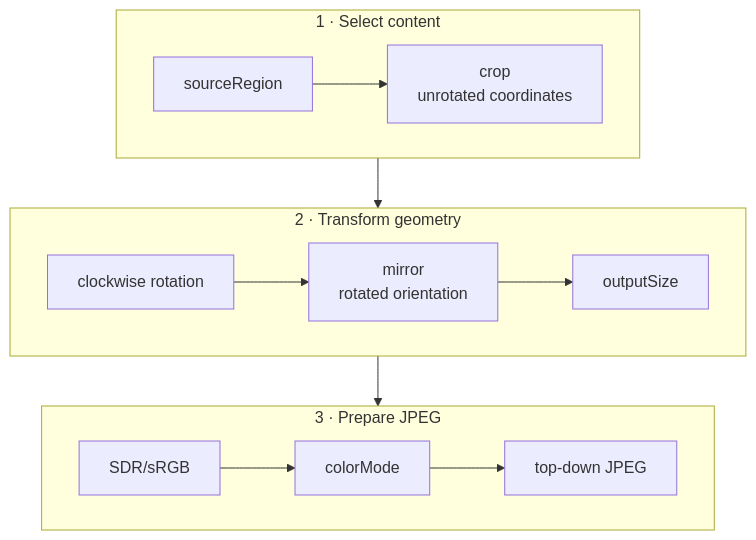
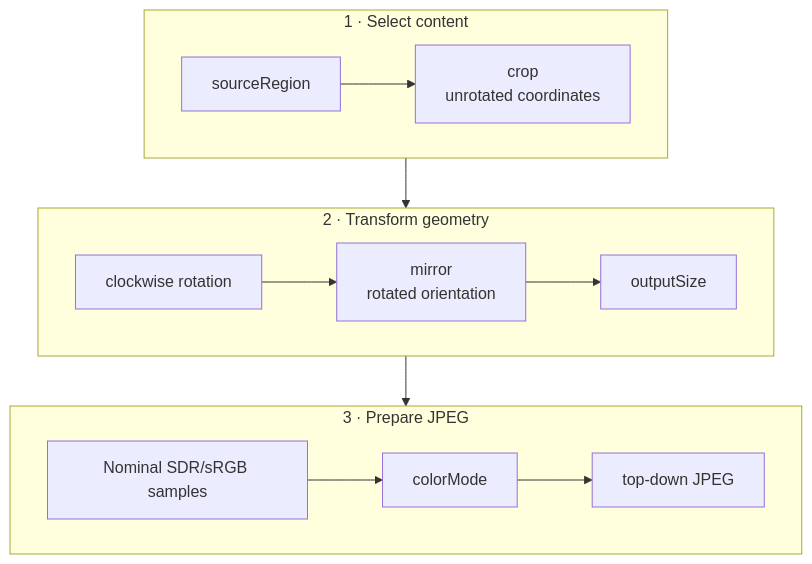
Before and after one commit to dkrivoruchko/ScreenStream: the diagram in screen-capture-engine/docs/usage.md, drawn with Mermaid. The commit also changed other lines of this file and 84 other files, not shown here.

````diff
--- a/screen-capture-engine/docs/usage.md
+++ b/screen-capture-engine/docs/usage.md
@@ -287,20 +296,20 @@
 ```mermaid
 flowchart TB
     subgraph Select["1 · Select content"]
         direction LR
         Source["sourceRegion"] --> Crop["crop<br/>unrotated coordinates"]
     end
 
     subgraph Transform["2 · Transform geometry"]
         direction LR
         Rotate["clockwise rotation"] --> Mirror["mirror<br/>rotated orientation"] --> Size["outputSize"]
     end
 
     subgraph Prepare["3 · Prepare JPEG"]
         direction LR
-        SDR["SDR/sRGB"] --> Color["colorMode"] --> JPEG["top-down JPEG"]
+        SDR["Nominal SDR/sRGB samples"] --> Color["colorMode"] --> JPEG["top-down JPEG"]
     end
 
     Crop --> Rotate
     Size --> SDR
 ```
````
